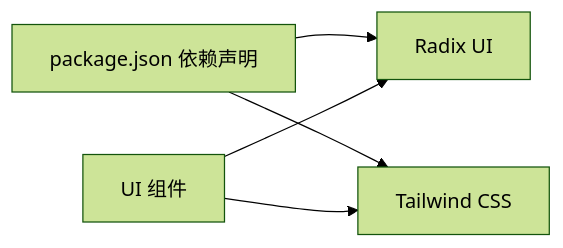
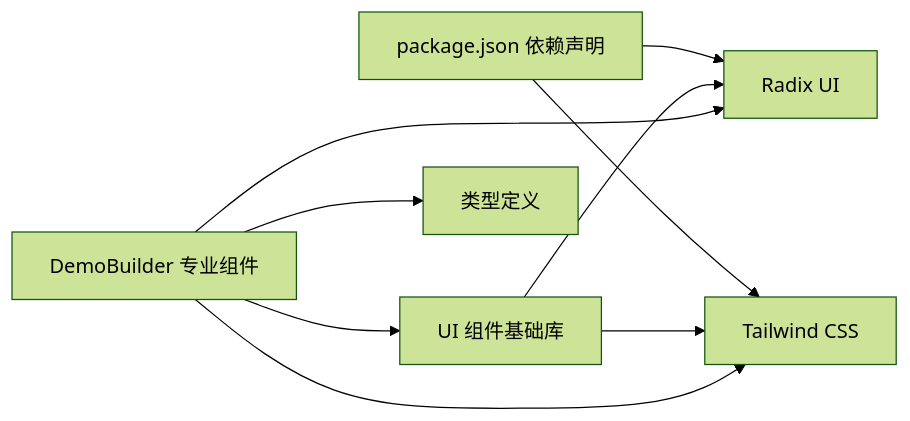
Diagram 23 of 23 in .qoder/repowiki/zh/content/UI组件库/UI组件库.md (zhanggmin/openscreen), drawn with Mermaid (forest theme) before and after one commit. The commit also changed other lines of this file and 87 other files, not shown here.

````diff
--- a/.qoder/repowiki/zh/content/UI组件库/UI组件库.md
+++ b/.qoder/repowiki/zh/content/UI组件库/UI组件库.md
@@ -605,11 +822,17 @@
 ```mermaid
 graph LR
 pkg["package.json 依赖声明"]
 radix["Radix UI"]
 tw["Tailwind CSS"]
-comp["UI 组件"]
+ui["UI 组件基础库"]
+demo["DemoBuilder 专业组件"]
+types["类型定义"]
 pkg --> radix
 pkg --> tw
-comp --> radix
-comp --> tw
+ui --> radix
+ui --> tw
+demo --> radix
+demo --> tw
+demo --> ui
+demo --> types
 ```
````
